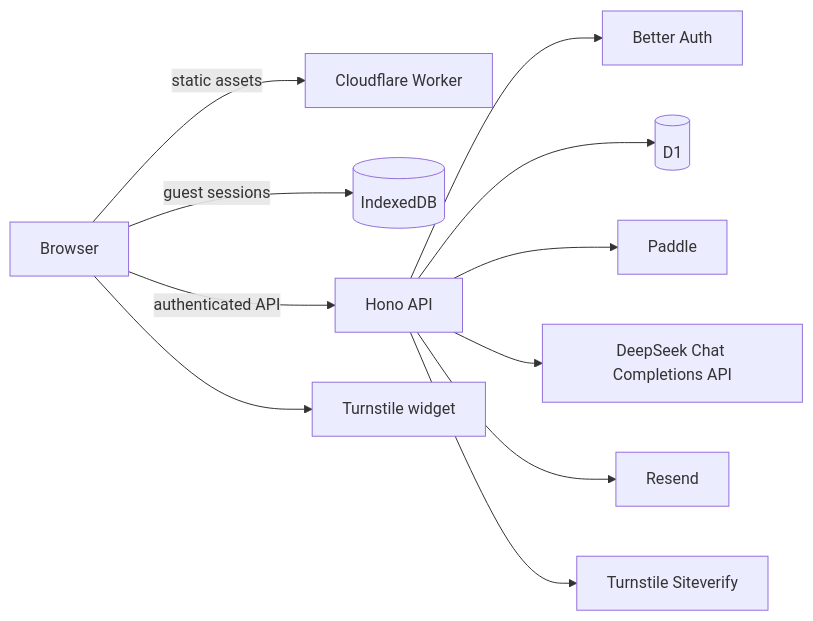
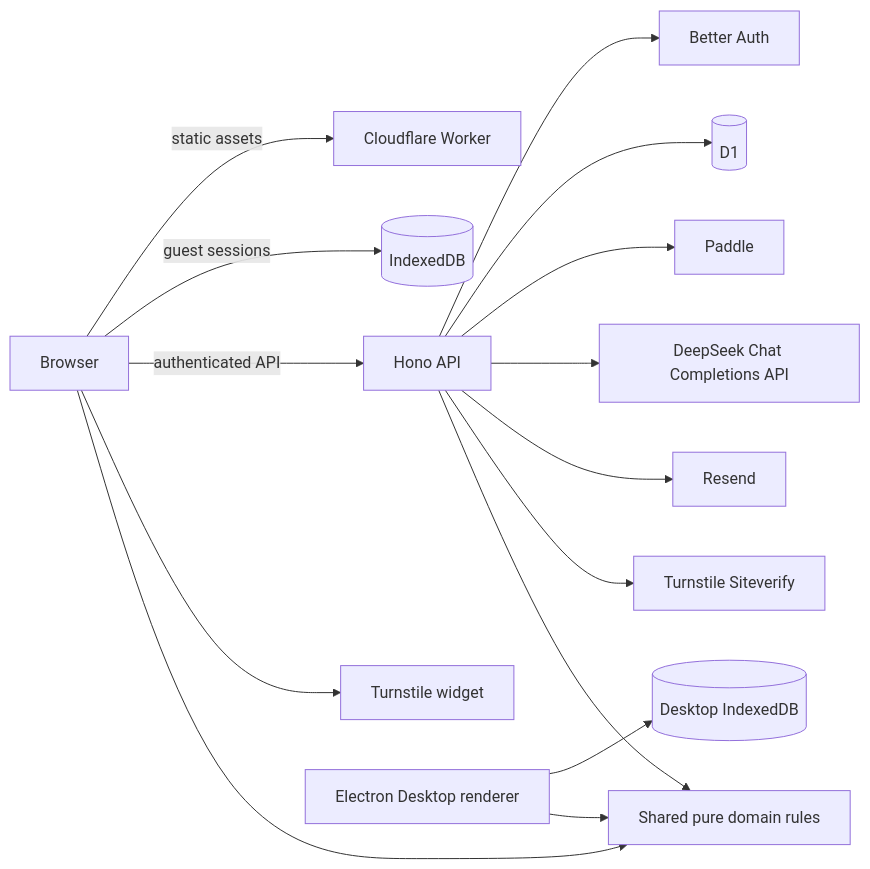
Before and after one commit to Yates3/IntentHour: the diagram in docs/ARCHITECTURE.md, drawn with Mermaid. The commit also changed other lines of this file and 83 other files, not shown here.

````diff
--- a/docs/ARCHITECTURE.md
+++ b/docs/ARCHITECTURE.md
@@ -7,13 +9,17 @@
 ```mermaid
 flowchart LR
   B[Browser] -->|static assets| W[Cloudflare Worker]
   B -->|guest sessions| I[(IndexedDB)]
   B -->|authenticated API| H[Hono API]
   H --> A[Better Auth]
   H --> D[(D1)]
   H --> P[Paddle]
   H --> O[DeepSeek Chat Completions API]
   H --> R[Resend]
   B --> T[Turnstile widget]
   H --> T2[Turnstile Siteverify]
+  E[Electron Desktop renderer] --> ED[(Desktop IndexedDB)]
+  E --> S[Shared pure domain rules]
+  B --> S
+  H --> S
 ```
````
